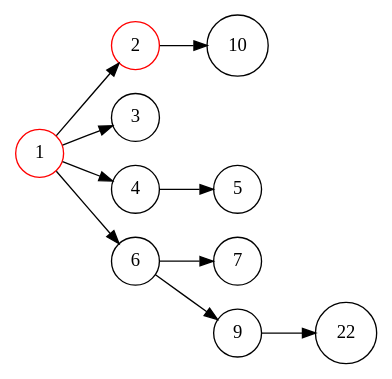
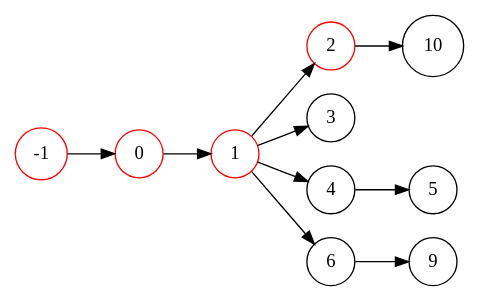
Before and after one commit to mauriciopinto/FibonacciHeap: the diagram in src/graph.gv, drawn with Graphviz. The commit also changed 5 other files, not shown here.

```diff
--- a/src/graph.gv
+++ b/src/graph.gv
@@ -1,15 +1,17 @@
 digraph BinomialHeap {
 node [shape=circle];
 rankdir=LR;
+-1 [color=red];
+-1 -> 0;
+0 [color=red];
+0 -> 1;
 1 [color=red];
 1 -> 2;
 1 -> 3;
 1 -> 4;
 4 -> 5;
 1 -> 6;
-6 -> 7;
 6 -> 9;
-9 -> 22;
 2 [color=red];
 2 -> 10;
 }
```
